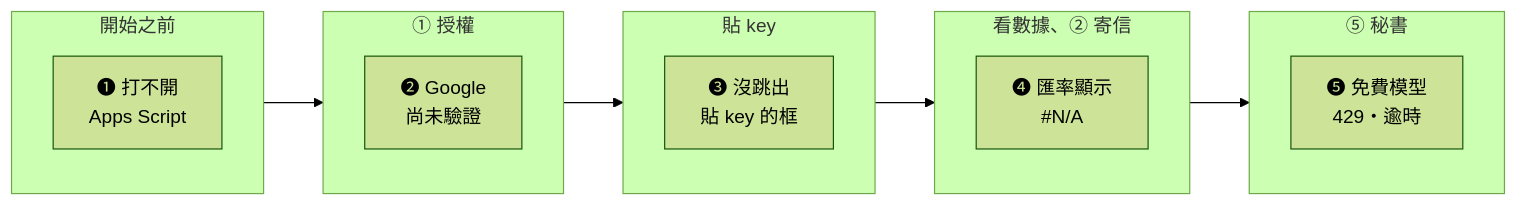
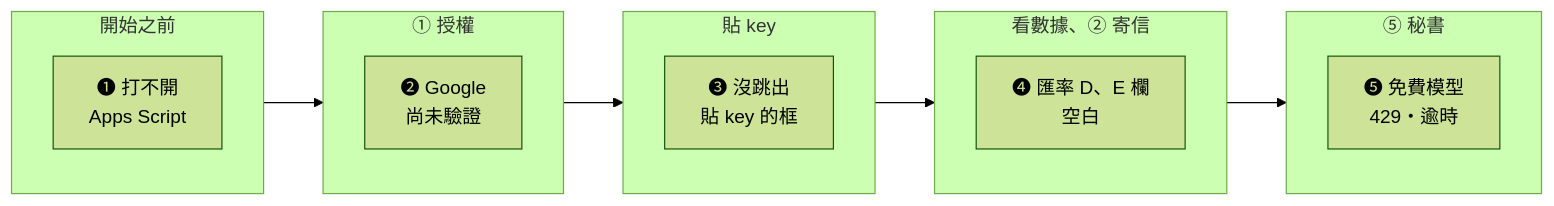
One commit to osisdie/low-code-fin-lab changed the fourth of 4 diagrams in docs/student/student-journey-map.md. Above: the diagram before and after it, drawn with Mermaid (forest theme). The commit also changed other lines of this file and 4 other files, not shown here.

````diff
--- a/docs/student/student-journey-map.md
+++ b/docs/student/student-journey-map.md
@@ -132,19 +132,19 @@
 ```mermaid
 flowchart LR
   subgraph S1["開始之前"]
     X1["❶ 打不開<br/>Apps Script"]
   end
   subgraph S2["① 授權"]
     X2["❷ Google<br/>尚未驗證"]
   end
   subgraph S3["貼 key"]
     X3["❸ 沒跳出<br/>貼 key 的框"]
   end
   subgraph S4["看數據、② 寄信"]
-    X4["❹ 匯率顯示<br/>#N/A"]
+    X4["❹ 匯率 D、E 欄<br/>空白"]
   end
   subgraph S5["⑤ 秘書"]
     X5["❺ 免費模型<br/>429・逾時"]
   end
   S1 --> S2 --> S3 --> S4 --> S5
 ```
````
